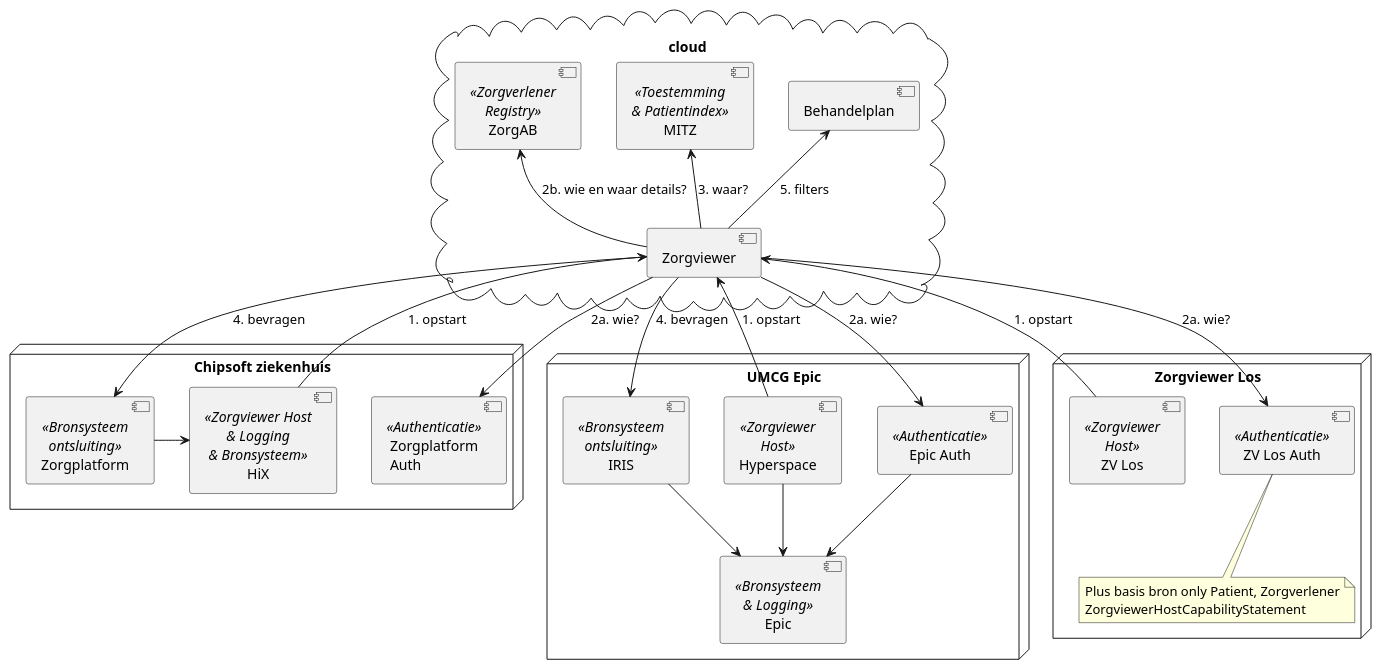
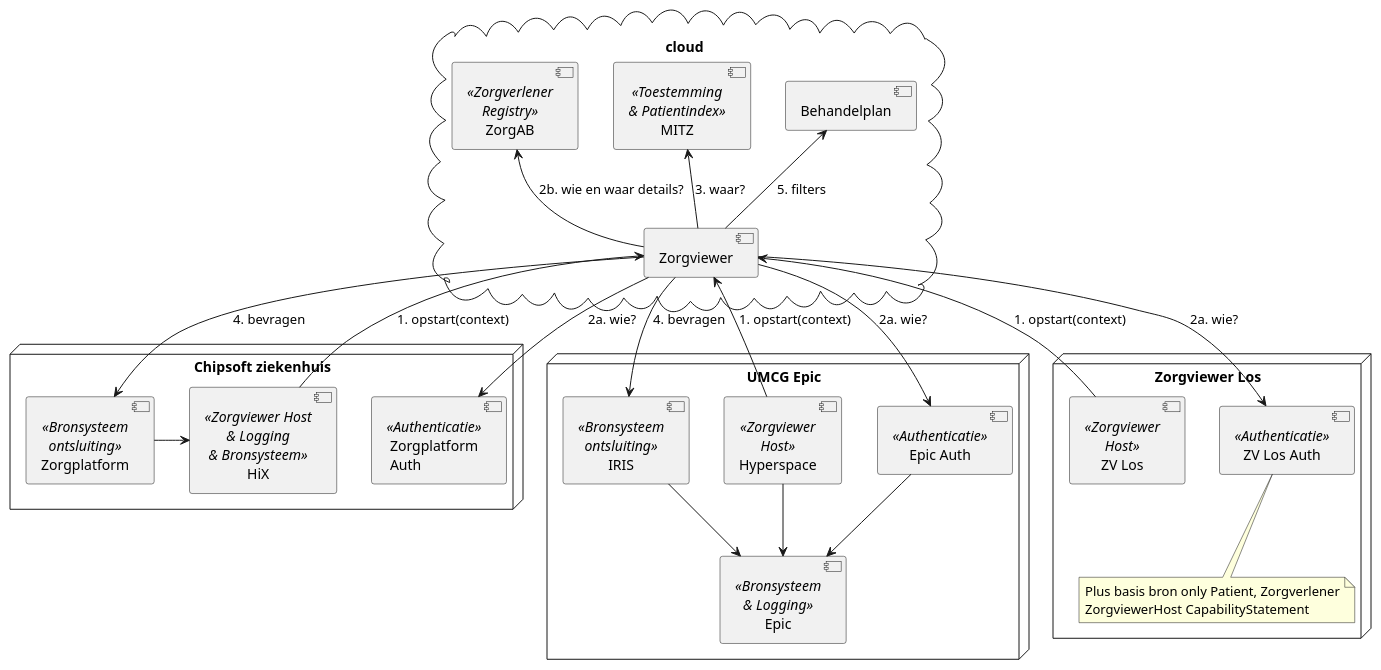
One commit to RIVO-Noord/zorgviewer-ig changed the diagram in input/images-source/Zorgviewer-comp-1.plantuml. Above: the diagram before and after it, drawn with PlantUML. The commit also changed 10 other files, not shown here.

```diff
--- a/input/images-source/Zorgviewer-comp-1.plantuml
+++ b/input/images-source/Zorgviewer-comp-1.plantuml
@@ -1,45 +1,45 @@
 @startuml
 
 cloud "cloud" {
  [Zorgviewer]
  [Behandelplan]
  [MITZ] <<Toestemming\n& Patientindex>>
  [ZorgAB] <<Zorgverlener\nRegistry>>
 }
 
 node "UMCG Epic" {
  [Hyperspace] <<Zorgviewer\nHost>>
  [Epic Auth] <<Authenticatie>>
  [IRIS] <<Bronsysteem\nontsluiting>>
  [Epic] <<Bronsysteem\n& Logging>>
  [Hyperspace]-->[Epic]
  [IRIS]-->[Epic]
  [Epic Auth]-->[Epic]
 }
 
 node "Chipsoft ziekenhuis" {
  [HiX] <<Zorgviewer Host\n& Logging\n& Bronsysteem>>
  [Zorgplatform\nAuth] <<Authenticatie>>
  [Zorgplatform] <<Bronsysteem\nontsluiting>>
  [Zorgplatform]->[HiX]
 }
 
 node "Zorgviewer Los" {
  [ZV Los] <<Zorgviewer\nHost>>
  [ZV Los Auth] <<Authenticatie>>
- note bottom of [ZV Los Auth] : Plus basis bron only Patient, Zorgverlener\nZorgviewerHostCapabilityStatement
+ note bottom of [ZV Los Auth] : Plus basis bron only Patient, Zorgverlener\nZorgviewerHost CapabilityStatement
 }
 
-[Hyperspace]-u->[Zorgviewer] :  1. opstart
-[HiX]-u->[Zorgviewer] : 1. opstart
-[ZV Los]-u->[Zorgviewer] : 1. opstart
+[Hyperspace]-u->[Zorgviewer] :  1. opstart(context)
+[HiX]-u->[Zorgviewer] : 1. opstart(context)
+[ZV Los]-u->[Zorgviewer] : 1. opstart(context)
 [Zorgviewer]-d->[Epic Auth] : 2a. wie?
 [Zorgviewer]-d->[ZV Los Auth] : 2a. wie?
 [Zorgviewer]-d->[Zorgplatform\nAuth] : 2a. wie?
 [Zorgviewer]-u->[ZorgAB] : 2b. wie en waar details?
 [Zorgviewer]-u->[MITZ] : 3. waar?
 [Zorgviewer]->[Zorgplatform] : 4. bevragen
 [Zorgviewer]->[IRIS] : 4. bevragen
 [Zorgviewer]-u->[Behandelplan] : 5. filters
 
 @enduml
```
